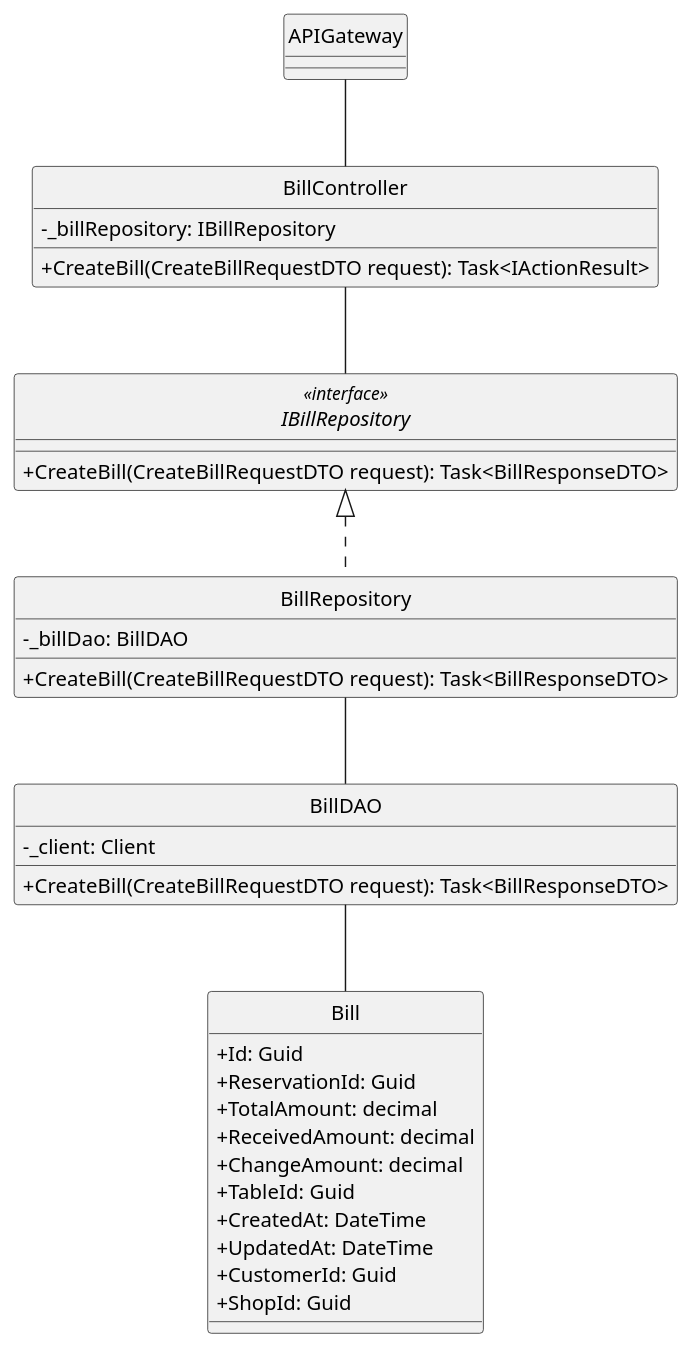
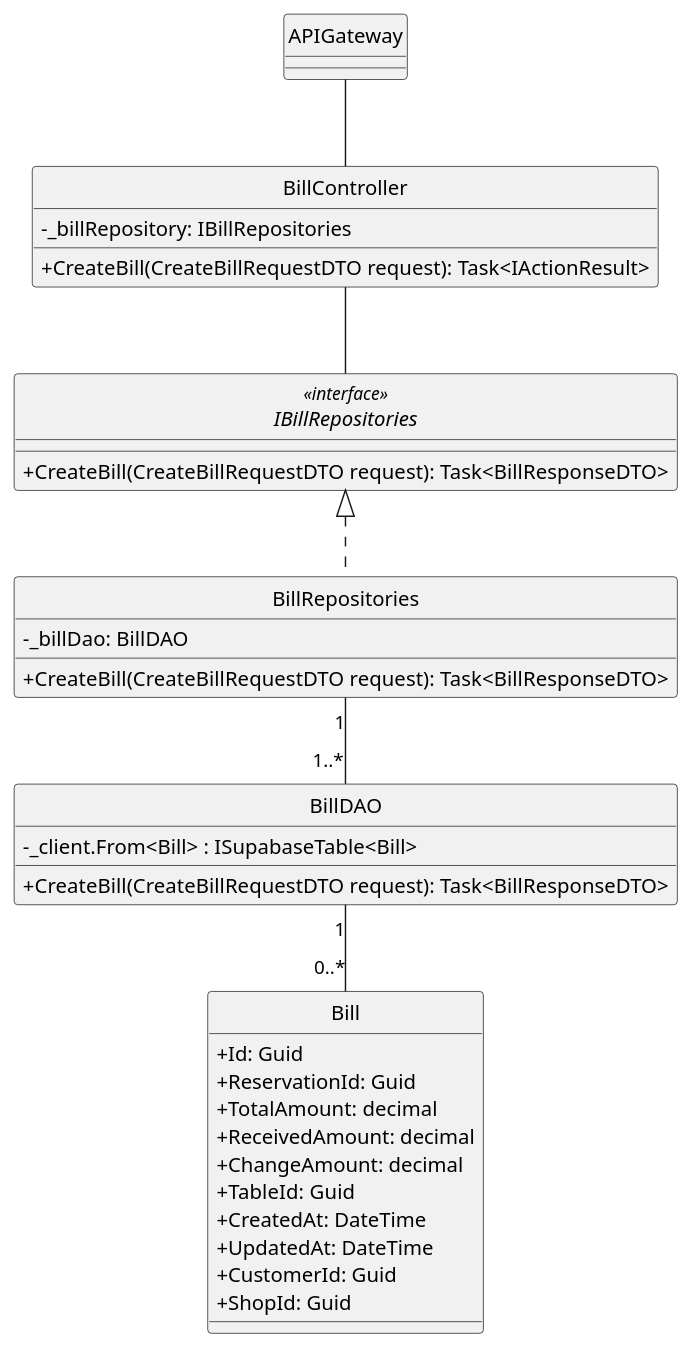
The diagram in docs/ClassDiagram/Bill/Create/CreateBill.plantuml (minhnhut23/FPT-OBOMS), drawn with PlantUML before and after one commit. The commit also changed 10 other files, not shown here.

Commit message:
sequence diagram for bill feature

```diff
--- a/docs/ClassDiagram/Bill/Create/CreateBill.plantuml
+++ b/docs/ClassDiagram/Bill/Create/CreateBill.plantuml
@@ -1,49 +1,49 @@
 @startuml
 hide circle
 skinparam classAttributeIconSize 0
 
 class APIGateway {
 }
 
 class BillController {
-    - _billRepository: IBillRepository
+    - _billRepository: IBillRepositories
     + CreateBill(CreateBillRequestDTO request): Task<IActionResult>
 }
 
-interface IBillRepository<<interface>> {
+interface IBillRepositories<<interface>> {
     + CreateBill(CreateBillRequestDTO request): Task<BillResponseDTO>
 }
 
-class BillRepository {
+class BillRepositories {
     - _billDao: BillDAO
     + CreateBill(CreateBillRequestDTO request): Task<BillResponseDTO>
 }
 
 class BillDAO {
-    - _client: Client
+    - _client.From<Bill> : ISupabaseTable<Bill>
     + CreateBill(CreateBillRequestDTO request): Task<BillResponseDTO>
 }
 
 class Bill {
     + Id: Guid
     + ReservationId: Guid
     + TotalAmount: decimal
     + ReceivedAmount: decimal
     + ChangeAmount: decimal
     + TableId: Guid
     + CreatedAt: DateTime
     + UpdatedAt: DateTime
     + CustomerId: Guid
     + ShopId: Guid
 }
 
 APIGateway --  BillController
 
-BillController -- IBillRepository
+BillController -- IBillRepositories
 
-IBillRepository <|.. BillRepository
+IBillRepositories <|.. BillRepositories
 
-BillRepository -- BillDAO
+BillRepositories "1" -- "1..*" BillDAO
 
-BillDAO -- Bill
+BillDAO "1" -- "0..*" Bill
 @enduml
```
